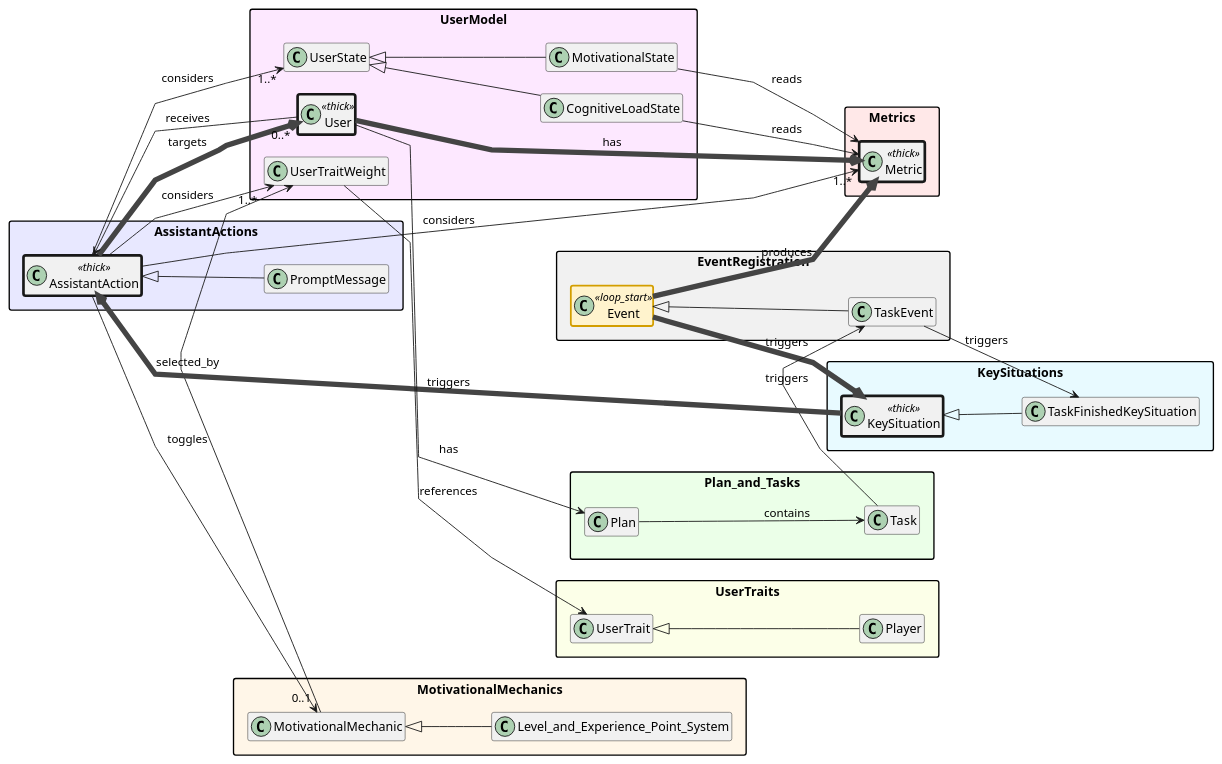
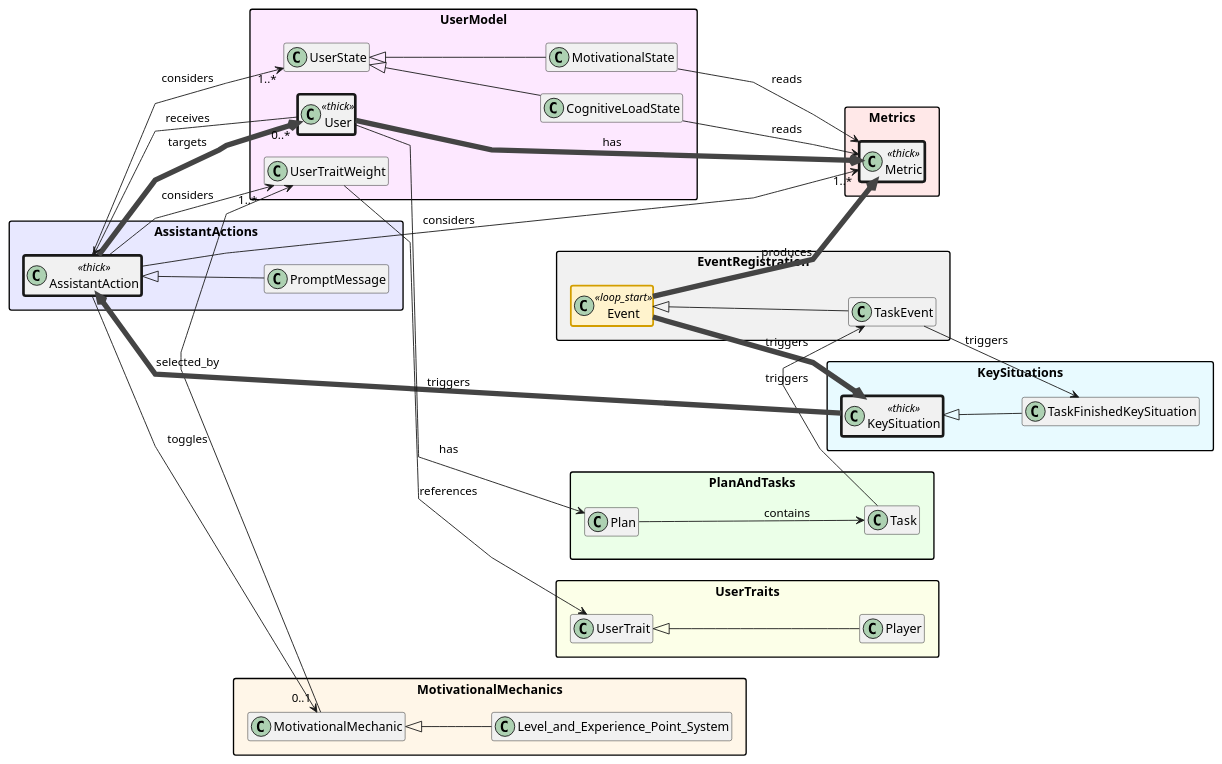
Before and after one commit to Maks-stack/ontology: the diagram in mini_onto_example.puml, drawn with PlantUML. The commit also changed 33 other files, not shown here.

```diff
--- a/mini_onto_example.puml
+++ b/mini_onto_example.puml
@@ -1,88 +1,88 @@
 @startuml
 skinparam linetype polyline
 hide empty methods
 hide empty attributes
 hide empty members
 left to right direction
 skinparam nodesep 25
 skinparam ranksep 30
 skinparam packageStyle rectangle
 
 <style>
   .thick { LineThickness 3 }
 </style>
 
 package Metrics #ffe8e8 {
   class Metric <<thick>>
 }
 skinparam class {
   BackgroundColor<<loop_start>> #fff3cd
   BorderColor<<loop_start>> #d39e00
   BorderThickness<<loop_start>> 2
 }
 
 package EventRegistration #f1f1f1 {
   class Event <<loop_start>>
   class TaskEvent extends Event
 }
 
 package KeySituations #e8faff {
   class KeySituation <<thick>>
   class TaskFinishedKeySituation extends KeySituation
 }
 
 package AssistantActions #e8e8ff {
   class AssistantAction <<thick>>
   class PromptMessage extends AssistantAction
 }
 
 package UserModel #fde8ff {
   class User <<thick>>
   class UserState
   class UserTraitWeight
   class MotivationalState extends UserState
   class CognitiveLoadState extends UserState
 }
 
 
 
 package UserTraits #fcffe8 {
   class UserTrait
   class Player extends UserTrait
 }
 
 package MotivationalMechanics #fff6e8 {
   class MotivationalMechanic
   class Level_and_Experience_Point_System extends MotivationalMechanic
 }
 
-package Plan_and_Tasks  #ebffe8 {
+package PlanAndTasks  #ebffe8 {
   class Plan
   class Task
 }
 
 ' ---------- Relationships ----------
 MotivationalMechanics.MotivationalMechanic --> UserModel.UserTraitWeight : selected_by
 
 AssistantActions.AssistantAction --> "0..1" MotivationalMechanics.MotivationalMechanic : toggles
 AssistantActions.AssistantAction -[#444,thickness=6]-> "0..*" UserModel.User : targets
 AssistantActions.AssistantAction --> "1..*" Metrics.Metric : considers
 AssistantActions.AssistantAction --> "1..*" UserModel.UserTraitWeight : considers
 AssistantActions.AssistantAction --> "1..*" UserModel.UserState : considers
 
 EventRegistration.Event -[#444,thickness=6]-> KeySituations.KeySituation : triggers
 EventRegistration.Event -[#444,thickness=6]-> Metrics.Metric : produces
-Plan_and_Tasks.Task --> EventRegistration.TaskEvent : triggers
-Plan_and_Tasks.Plan --> Plan_and_Tasks.Task : contains
+PlanAndTasks.Task --> EventRegistration.TaskEvent : triggers
+PlanAndTasks.Plan --> PlanAndTasks.Task : contains
 EventRegistration.TaskEvent --> KeySituations.TaskFinishedKeySituation : triggers
 
 KeySituations.KeySituation -[#444,thickness=6]-> AssistantActions.AssistantAction : triggers
 
 UserModel.MotivationalState --> Metrics.Metric : reads
 UserModel.CognitiveLoadState --> Metrics.Metric : reads
 
 UserModel.UserTraitWeight --> UserTraits.UserTrait : references
 UserModel.User -[#444,thickness=6]-> Metrics.Metric : has
 UserModel.User --> AssistantActions.AssistantAction : receives
-UserModel.User --> Plan_and_Tasks.Plan : has
+UserModel.User --> PlanAndTasks.Plan : has
 @enduml
```
